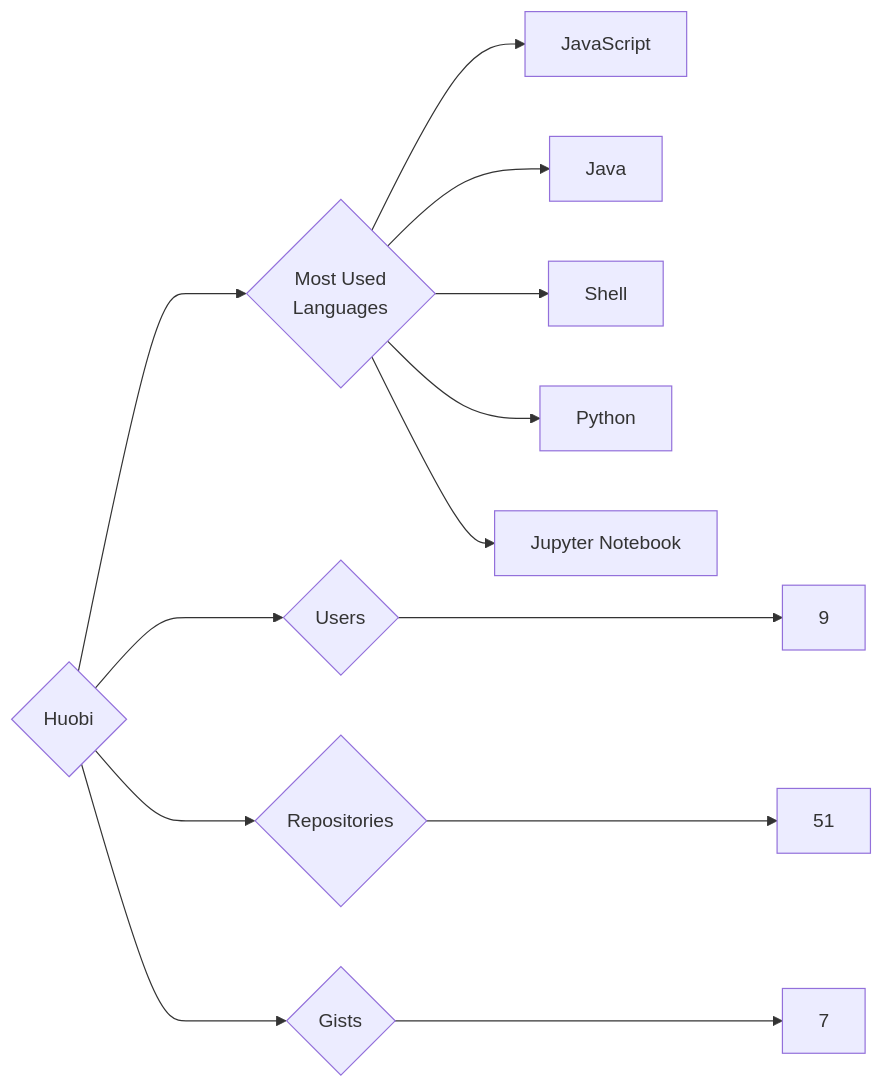
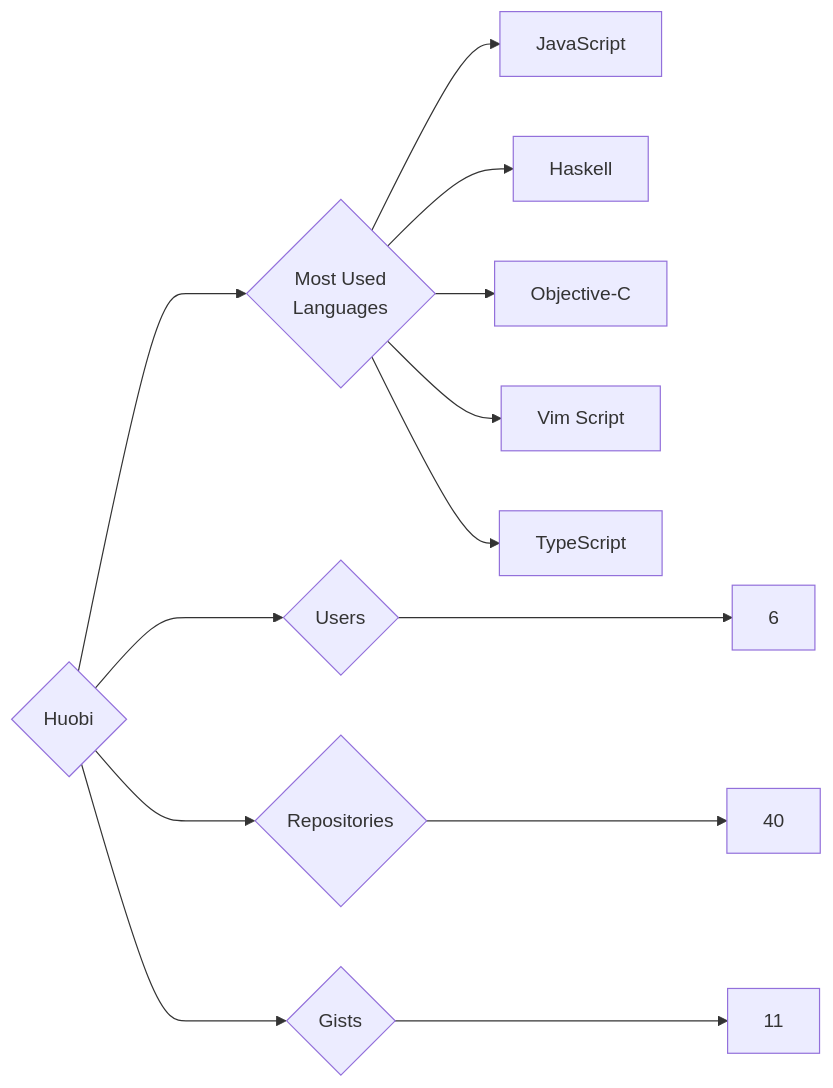
Before and after one commit to trickest/insiders: the diagram in targets/Huobi/README.md, drawn with Mermaid. The commit also changed 1166 other files, not shown here.

````diff
--- a/targets/Huobi/README.md
+++ b/targets/Huobi/README.md
@@ -3,13 +3,13 @@
 ```mermaid
 graph LR
 COMPANY_NAME{Huobi}
-COMPANY_NAME ---> U{Users} ---> UN[9]
-COMPANY_NAME ---> R{Repositories} ---> RN[51]
-COMPANY_NAME ---> G{Gists} ---> GN[7]
+COMPANY_NAME ---> U{Users} ---> UN[6]
+COMPANY_NAME ---> R{Repositories} ---> RN[40]
+COMPANY_NAME ---> G{Gists} ---> GN[11]
 COMPANY_NAME ---> ML{Most Used<br>Languages}
 ML --> JavaScript[JavaScript]
-ML --> Java[Java]
-ML --> Shell[Shell]
-ML --> Python[Python]
-ML --> Jupyter_Notebook[Jupyter Notebook]
+ML --> Haskell[Haskell]
+ML --> Objective-C[Objective-C]
+ML --> Vim_Script[Vim Script]
+ML --> TypeScript[TypeScript]
 ```
````
